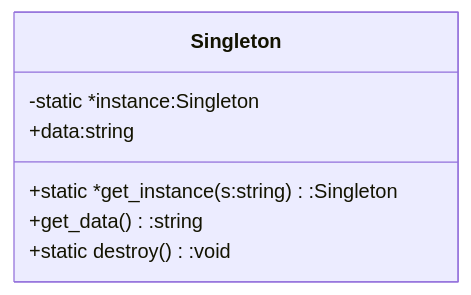
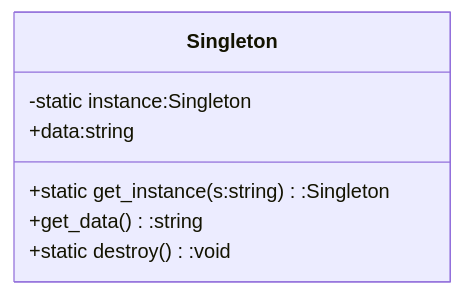
One commit to aperlini/Design-Patterns changed the diagram in Creational/Singleton/README.md. Above: the diagram before and after it, drawn with Mermaid.

Commit message:
uml singleton

````diff
--- a/Creational/Singleton/README.md
+++ b/Creational/Singleton/README.md
@@ -5,11 +5,11 @@
 ```mermaid
 classDiagram
 
 	class Singleton {
-		-static *instance:Singleton
+		-static instance:Singleton
 		+data:string
-		+static *get_instance(s:string):Singleton
+		+static get_instance(s:string):Singleton
 		+get_data():string
 		+static destroy():void
 	}
 ```
````
